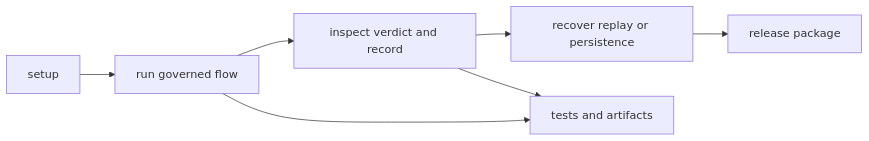
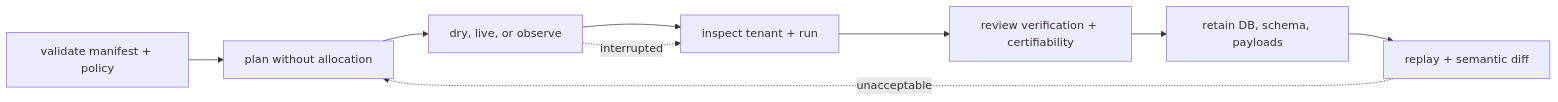
Before and after one commit to bijux/bijux-canon: the diagram in docs/06-bijux-canon-runtime/operations/index.md, drawn with Mermaid. The commit also changed other lines of this file and 3 other files, not shown here.

Commit message:
docs(runtime): define authority persistence and replay

````diff
--- a/docs/06-bijux-canon-runtime/operations/index.md
+++ b/docs/06-bijux-canon-runtime/operations/index.md
@@ -16,13 +19,14 @@
 ```mermaid
 flowchart LR
-    setup["setup"]
-    run["run governed flow"]
-    inspect["inspect verdict and record"]
-    recover["recover replay or persistence"]
-    release["release package"]
-    proof["tests and artifacts"]
+    validate["validate manifest + policy"]
+    plan["plan without allocation"]
+    execute["dry, live, or observe"]
+    inspect["inspect tenant + run"]
+    accept["review verification + certifiability"]
+    retain["retain DB, schema, payloads"]
+    replay["replay + semantic diff"]
 
-    setup --> run --> inspect --> recover --> release
-    run --> proof
-    inspect --> proof
+    validate --> plan --> execute --> inspect --> accept --> retain --> replay
+    execute -. interrupted .-> inspect
+    replay -. unacceptable .-> plan
 ```
````
